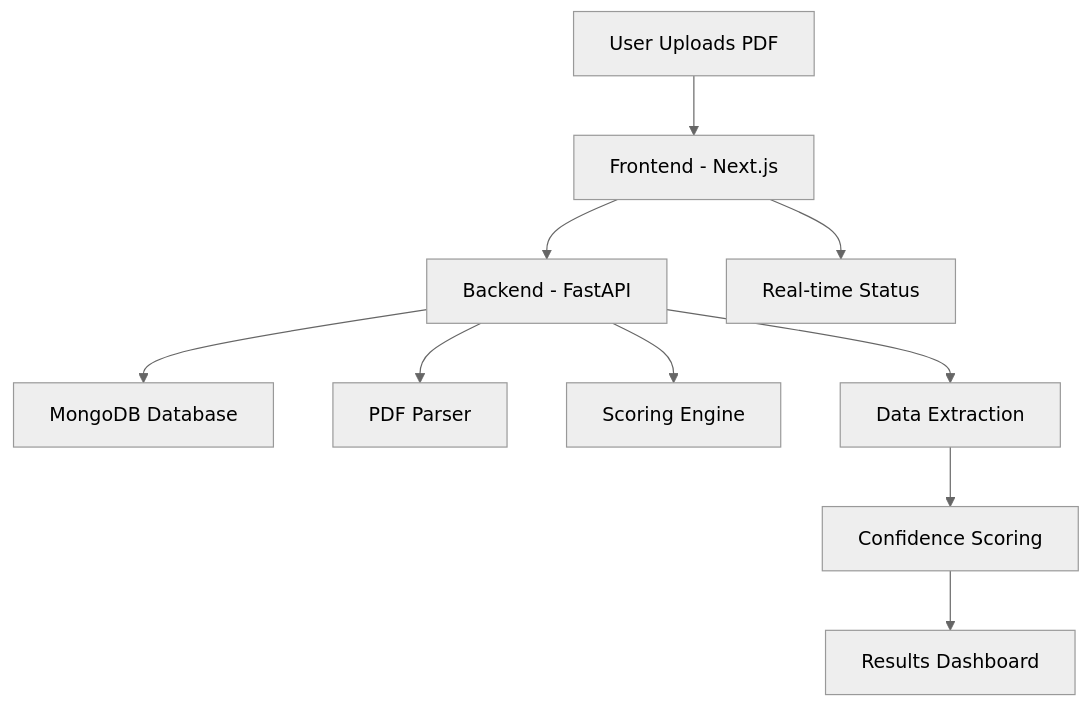
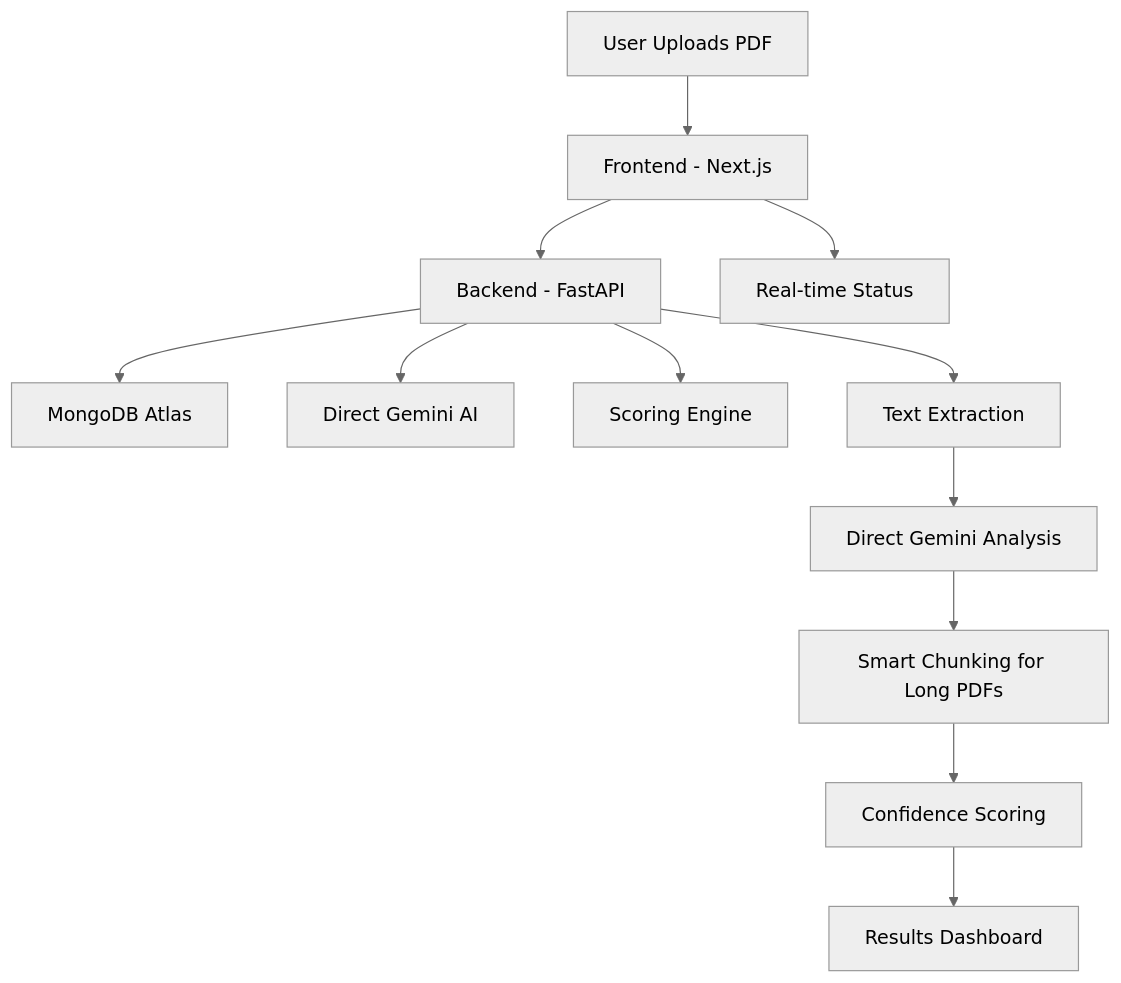
Before and after one commit to akaashvandanapu/Contract-Intelligence-Parser: the diagram in README.md, drawn with Mermaid (neutral theme). The commit also changed other lines of this file and 48 other files, not shown here.

````diff
--- a/README.md
+++ b/README.md
@@ -82,13 +149,15 @@
 ```mermaid
 graph TB
     A[Frontend - Next.js] --> B[Backend - FastAPI]
-    B --> C[MongoDB Database]
-    B --> D[PDF Parser]
+    B --> C[MongoDB Atlas]
+    B --> D[Direct Gemini AI]
     B --> E[Scoring Engine]
 
-    F[User Uploads PDF] --> A
-    A --> G[Real-time Status]
-    B --> H[Data Extraction]
-    H --> I[Confidence Scoring]
-    I --> J[Results Dashboard]
+    G[User Uploads PDF] --> A
+    A --> H[Real-time Status]
+    B --> I[Text Extraction]
+    I --> J[Direct Gemini Analysis]
+    J --> K[Smart Chunking for Long PDFs]
+    K --> L[Confidence Scoring]
+    L --> M[Results Dashboard]
 ```
````
